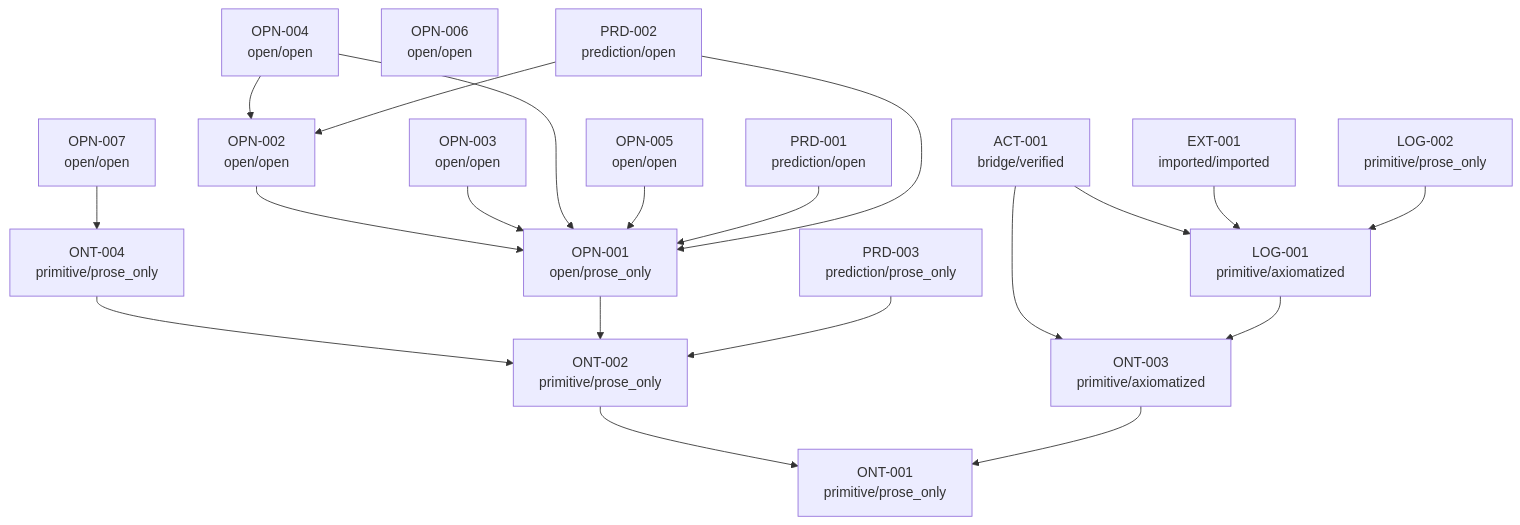
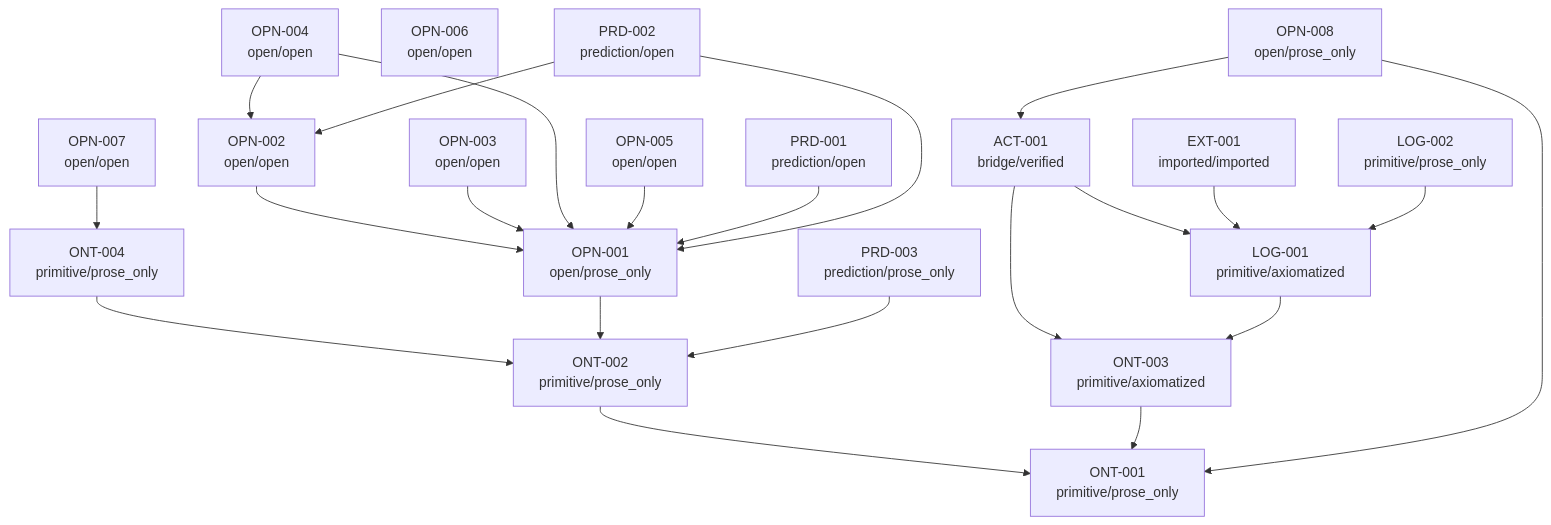
The diagram in traceability/generated/dependency-graph.mmd (jdlongmire/triadic-reality-theory), drawn with Mermaid before and after one commit. The commit also changed 7 other files, not shown here.

```diff
--- a/traceability/generated/dependency-graph.mmd
+++ b/traceability/generated/dependency-graph.mmd
@@ -1,38 +1,41 @@
 graph TD
   ACT-001["ACT-001<br/>bridge/verified"]
   EXT-001["EXT-001<br/>imported/imported"]
   LOG-001["LOG-001<br/>primitive/axiomatized"]
   LOG-002["LOG-002<br/>primitive/prose_only"]
   ONT-001["ONT-001<br/>primitive/prose_only"]
   ONT-002["ONT-002<br/>primitive/prose_only"]
   ONT-003["ONT-003<br/>primitive/axiomatized"]
   ONT-004["ONT-004<br/>primitive/prose_only"]
   OPN-001["OPN-001<br/>open/prose_only"]
   OPN-002["OPN-002<br/>open/open"]
   OPN-003["OPN-003<br/>open/open"]
   OPN-004["OPN-004<br/>open/open"]
   OPN-005["OPN-005<br/>open/open"]
   OPN-006["OPN-006<br/>open/open"]
   OPN-007["OPN-007<br/>open/open"]
+  OPN-008["OPN-008<br/>open/prose_only"]
   PRD-001["PRD-001<br/>prediction/open"]
   PRD-002["PRD-002<br/>prediction/open"]
   PRD-003["PRD-003<br/>prediction/prose_only"]
   ACT-001 --> ONT-003
   ACT-001 --> LOG-001
   EXT-001 --> LOG-001
   LOG-001 --> ONT-003
   LOG-002 --> LOG-001
   ONT-002 --> ONT-001
   ONT-003 --> ONT-001
   ONT-004 --> ONT-002
   OPN-001 --> ONT-002
   OPN-002 --> OPN-001
   OPN-003 --> OPN-001
   OPN-004 --> OPN-002
   OPN-004 --> OPN-001
   OPN-005 --> OPN-001
   OPN-007 --> ONT-004
+  OPN-008 --> ONT-001
+  OPN-008 --> ACT-001
   PRD-001 --> OPN-001
   PRD-002 --> OPN-001
   PRD-002 --> OPN-002
   PRD-003 --> ONT-002
```
